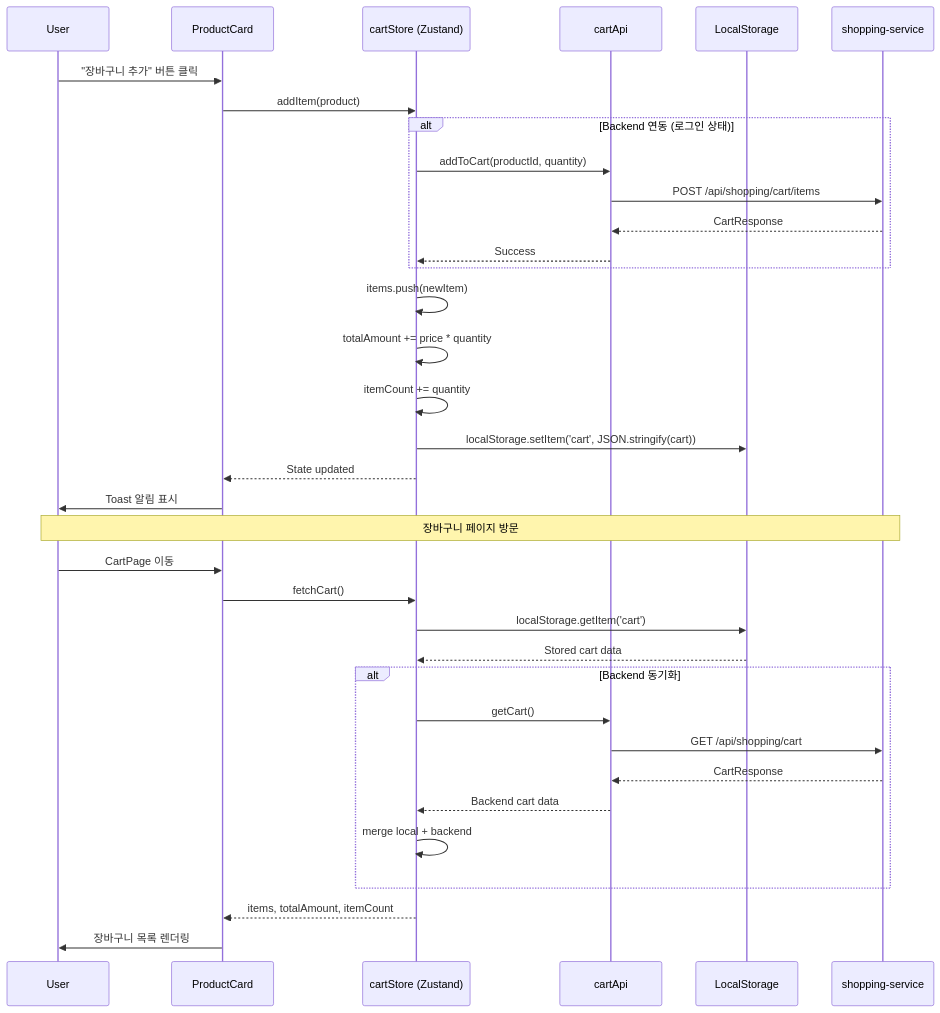
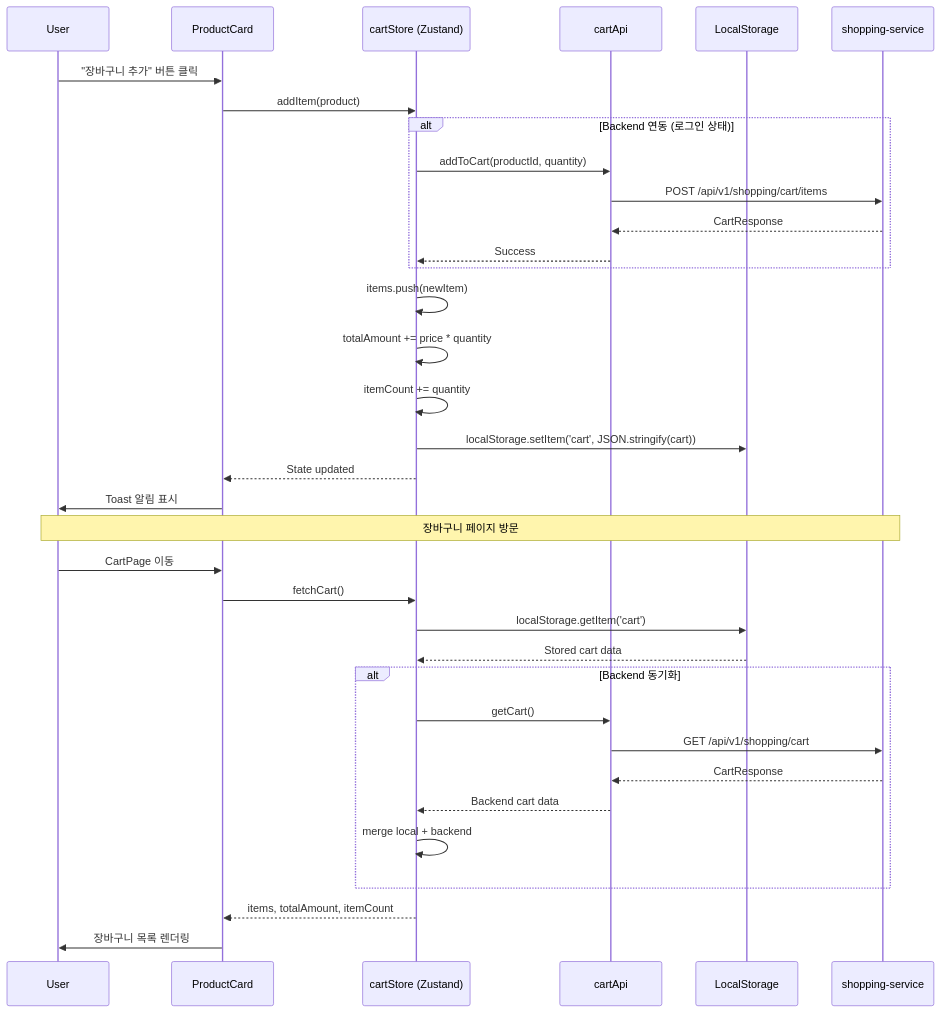
One commit to L-a-z-e/portal-universe changed the fourth of 7 diagrams in frontend/shopping-frontend/docs/architecture/data-flow.md. Above: the diagram before and after it, drawn with Mermaid. The commit also changed other lines of this file and 15 other files, not shown here.

````diff
--- a/frontend/shopping-frontend/docs/architecture/data-flow.md
+++ b/frontend/shopping-frontend/docs/architecture/data-flow.md
@@ -168,43 +168,43 @@
 ```mermaid
 sequenceDiagram
     participant U as User
     participant C as ProductCard
     participant CS as cartStore (Zustand)
     participant API as cartApi
     participant LS as LocalStorage
     participant S as shopping-service
 
     U->>C: "장바구니 추가" 버튼 클릭
     C->>CS: addItem(product)
 
     alt Backend 연동 (로그인 상태)
         CS->>API: addToCart(productId, quantity)
-        API->>S: POST /api/shopping/cart/items
+        API->>S: POST /api/v1/shopping/cart/items
         S-->>API: CartResponse
         API-->>CS: Success
     end
 
     CS->>CS: items.push(newItem)
     CS->>CS: totalAmount += price * quantity
     CS->>CS: itemCount += quantity
     CS->>LS: localStorage.setItem('cart', JSON.stringify(cart))
     CS-->>C: State updated
     C->>U: Toast 알림 표시
 
     Note over U,S: 장바구니 페이지 방문
     U->>C: CartPage 이동
     C->>CS: fetchCart()
     CS->>LS: localStorage.getItem('cart')
     LS-->>CS: Stored cart data
 
     alt Backend 동기화
         CS->>API: getCart()
-        API->>S: GET /api/shopping/cart
+        API->>S: GET /api/v1/shopping/cart
         S-->>API: CartResponse
         API-->>CS: Backend cart data
         CS->>CS: merge local + backend
     end
 
     CS-->>C: items, totalAmount, itemCount
     C->>U: 장바구니 목록 렌더링
 ```
````
